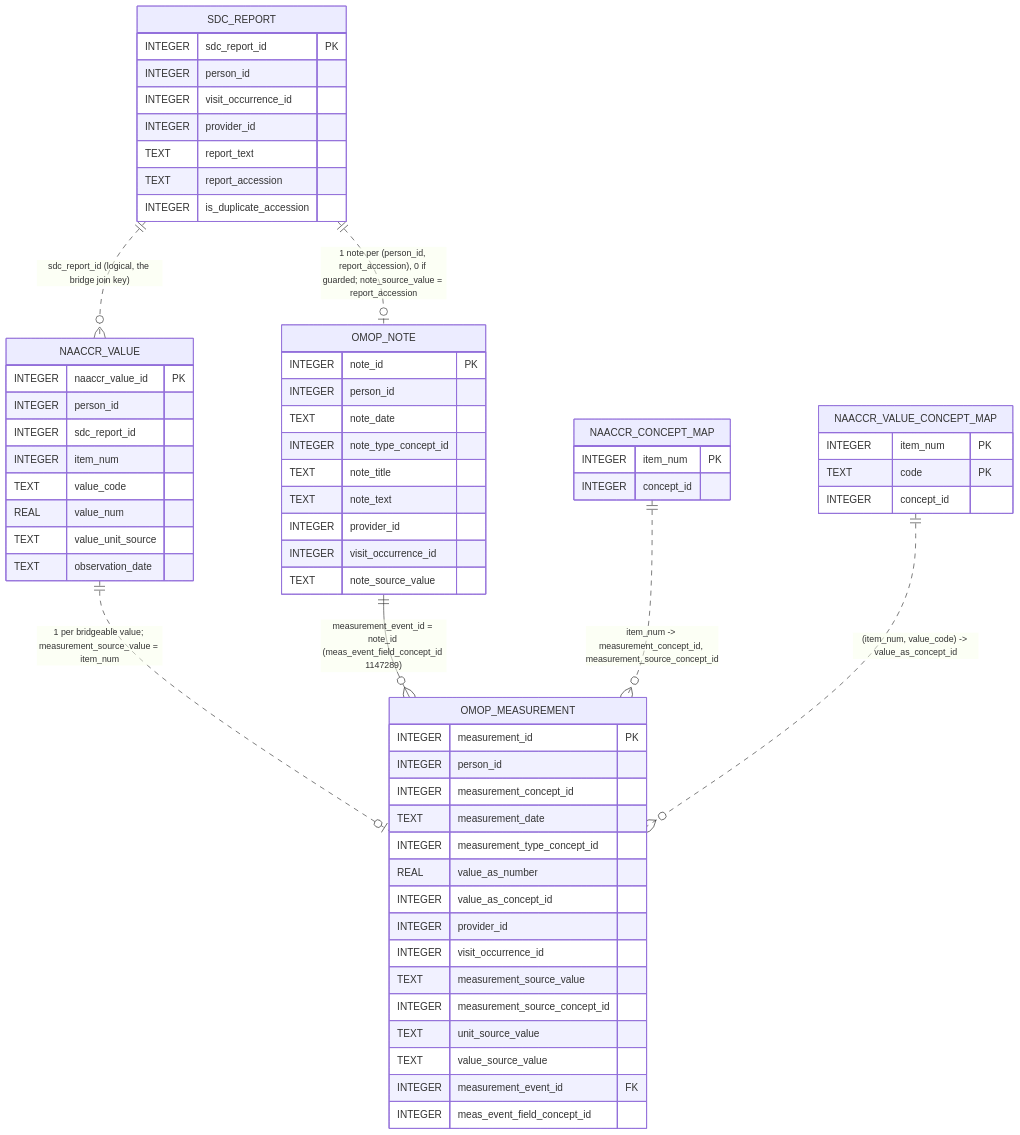
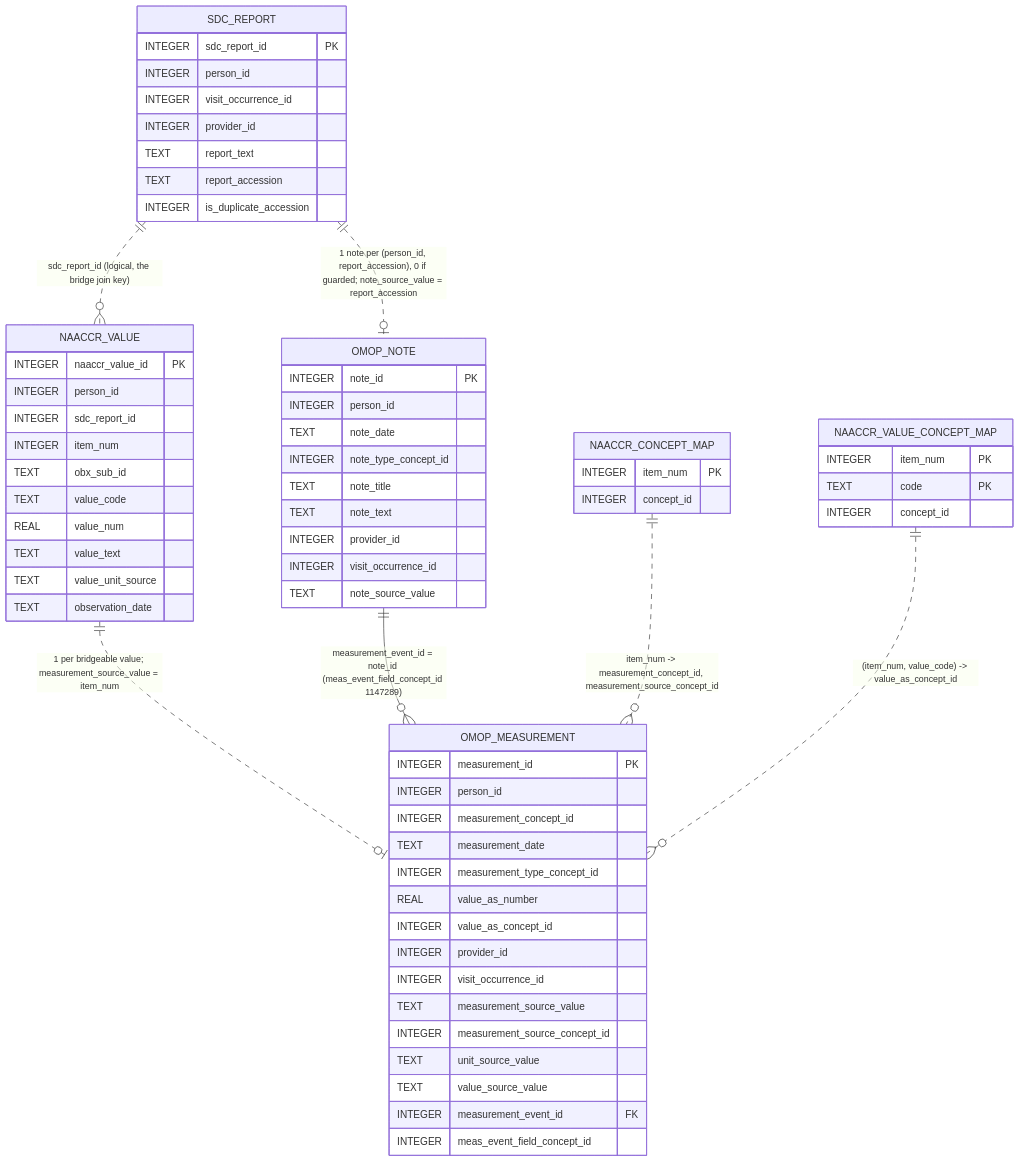
One commit to IHE-SDC-WG/SDC-CDM changed the diagram in diagrams/three-schema/naaccr-sdc-to-omop-bridge.mmd. Above: the diagram before and after it, drawn with Mermaid. The commit also changed 29 other files, not shown here.

First line of the commit message:
Represent each OBX-4 group as one captured value

```diff
--- a/diagrams/three-schema/naaccr-sdc-to-omop-bridge.mmd
+++ b/diagrams/three-schema/naaccr-sdc-to-omop-bridge.mmd
@@ -1,107 +1,110 @@
 erDiagram
   %% The naaccr + sdc -> stock OMOP bridge.
   %% Source of truth: database/etl/sqlite/1_naaccr_sdc_to_omop.sql
   %% (SQL Server equivalent: database/etl/sqlserver/1_naaccr_sdc_to_omop.sql;
   %%  no PostgreSQL bridge exists yet. Entry point: BridgeNaaccrSdcToOmop().)
   %% Prose: database/SCHEMA_ARCHITECTURE.md "Back-reference WITHOUT a crosswalk".
   %% Only the columns the bridge actually reads or writes are shown; entity names are
   %% prefixed with their schema. Line style: solid (--) = enforced FK,
   %% dotted (..) = logical pointer / key join with no enforced FK.
   %% The bridge writes ONLY standard OMOP columns -- there is no crosswalk table, and
   %% OMOP core gains no sdc_*/naaccr_* columns. Going from a measurement back to its
   %% report is a key join, not a stored FK.
   %% Two INSERTs:
   %%   1. omop.note        -- one row per (person_id, report_accession).
   %%   2. omop.measurement -- one row per bridgeable naaccr_value, anchored to that note.
   %% Constants the ETL hardcodes (an ERD cannot express these). All three must exist in
   %% omop.concept before bridging or the FKs fail -- InsertEssentialConcepts() seeds them:
   %%   note.note_type_concept_id               = 32817   "EHR"
   %%   measurement.measurement_type_concept_id = 32879   "Registry"
   %%   measurement.meas_event_field_concept_id = 1147289 "note.note_id" -- marks
   %%     measurement_event_id as pointing at note.note_id, and is the filter every
   %%     read-back query uses.
   %% Rows that never bridge (the four guards):
   %%   - sdc_report.report_accession IS NULL or ''
   %%   - sdc_report.is_duplicate_accession != 0   (re-imported message)
   %%   - sdc_report.person_id IS NULL
   %%   - naaccr_value.sdc_report_id IS NULL
   %% Idempotency is occurrence-aware: for each (sdc_report_id, item_num, value_code,
-  %% value_num) tuple the bridge ROW_NUMBER()s the source rows and inserts only those
+  %% value_num, value_text, value_unit_source) tuple the bridge ROW_NUMBER()s the source rows and inserts only those
   %% beyond the COUNT(*) already in omop.measurement. So legitimate duplicate identical
   %% values are preserved, re-runs are no-ops, and partial loads self-repair.
   %% Because each import stamps its value rows with its own report id, a re-imported
   %% message's values point at a duplicate-flagged report and can never double-count.
   SDC_REPORT {
     INTEGER sdc_report_id PK
     INTEGER person_id
     INTEGER visit_occurrence_id
     INTEGER provider_id
     TEXT report_text
     TEXT report_accession
     INTEGER is_duplicate_accession
   }
 
   NAACCR_VALUE {
     INTEGER naaccr_value_id PK
     INTEGER person_id
     INTEGER sdc_report_id
     INTEGER item_num
+    TEXT obx_sub_id
     TEXT value_code
     REAL value_num
+    TEXT value_text
     TEXT value_unit_source
     TEXT observation_date
   }
 
   NAACCR_CONCEPT_MAP {
     INTEGER item_num PK
     INTEGER concept_id
   }
 
   NAACCR_VALUE_CONCEPT_MAP {
     INTEGER item_num PK
     TEXT code PK
     INTEGER concept_id
   }
 
   %% Written by INSERT 1. note_source_value carries the report accession -- this is the
   %% only back-reference to sdc.sdc_report.
   OMOP_NOTE {
     INTEGER note_id PK
     INTEGER person_id
     TEXT note_date
     INTEGER note_type_concept_id
     TEXT note_title
     TEXT note_text
     INTEGER provider_id
     INTEGER visit_occurrence_id
     TEXT note_source_value
   }
 
   %% Written by INSERT 2. measurement_source_value carries the NAACCR item number as
-  %% text; coded answers land in value_as_concept_id, numeric in value_as_number, and
-  %% the raw code is always kept in value_source_value.
+  %% text; coded answers land in value_as_concept_id and numeric answers in
+  %% value_as_number. value_source_value carries companion text when present,
+  %% otherwise it carries the raw code.
   OMOP_MEASUREMENT {
     INTEGER measurement_id PK
     INTEGER person_id
     INTEGER measurement_concept_id
     TEXT measurement_date
     INTEGER measurement_type_concept_id
     REAL value_as_number
     INTEGER value_as_concept_id
     INTEGER provider_id
     INTEGER visit_occurrence_id
     TEXT measurement_source_value
     INTEGER measurement_source_concept_id
     TEXT unit_source_value
     TEXT value_source_value
     INTEGER measurement_event_id FK
     INTEGER meas_event_field_concept_id
   }
 
   %% Relationships
   SDC_REPORT ||..o{ NAACCR_VALUE : "sdc_report_id (logical, the bridge join key)"
   SDC_REPORT ||..o| OMOP_NOTE : "1 note per (person_id, report_accession), 0 if guarded; note_source_value = report_accession"
   NAACCR_VALUE ||..o| OMOP_MEASUREMENT : "1 per bridgeable value; measurement_source_value = item_num"
   OMOP_NOTE ||--o{ OMOP_MEASUREMENT : "measurement_event_id = note_id (meas_event_field_concept_id 1147289)"
   NAACCR_CONCEPT_MAP ||..o{ OMOP_MEASUREMENT : "item_num -> measurement_concept_id, measurement_source_concept_id"
   NAACCR_VALUE_CONCEPT_MAP ||..o{ OMOP_MEASUREMENT : "(item_num, value_code) -> value_as_concept_id"
```
